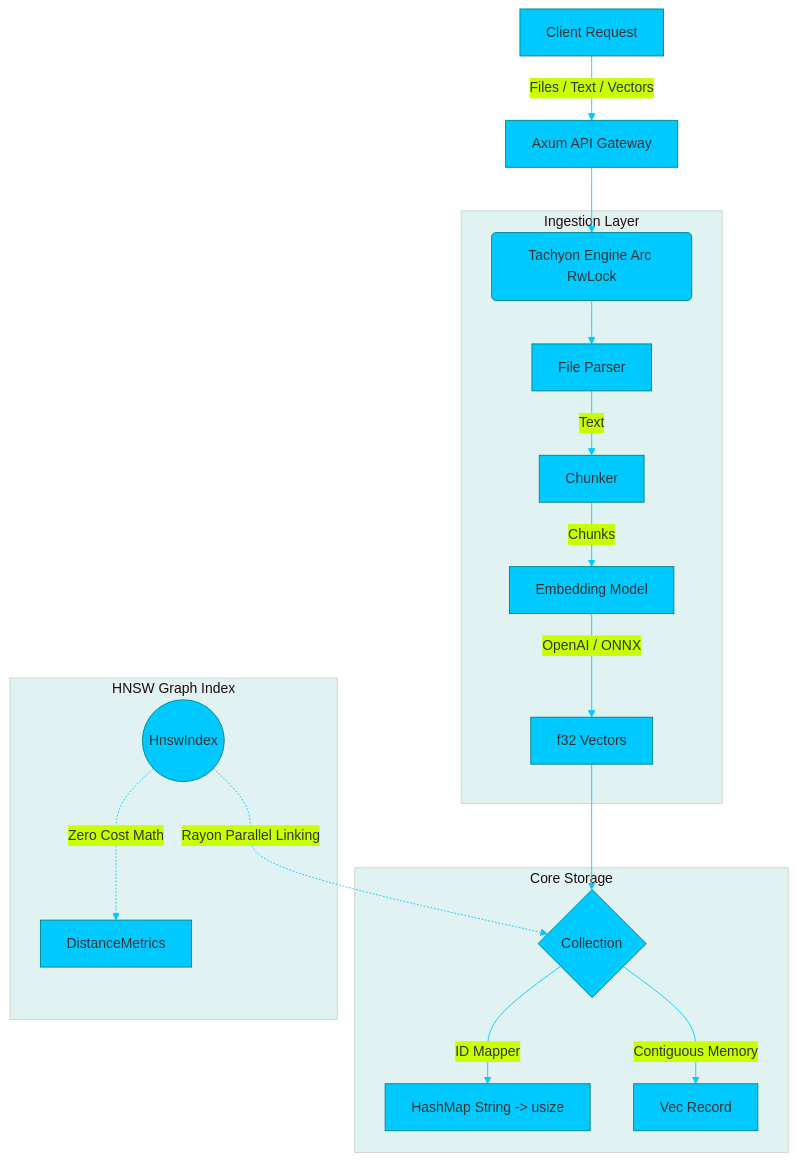
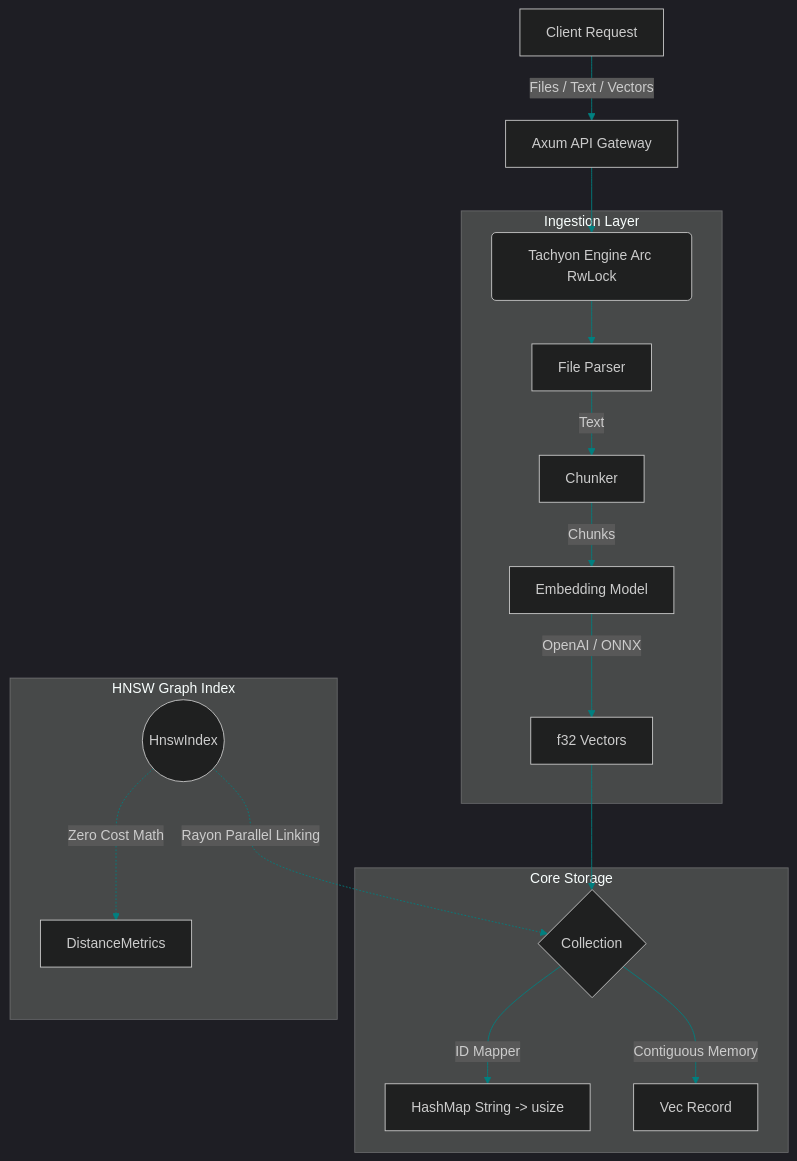
One commit to blackeagle686/vec_db changed the diagram in README.md. Above: the diagram before and after it, drawn with Mermaid. The commit also changed other lines of this file, not shown here.

````diff
--- a/README.md
+++ b/README.md
@@ -34,24 +34,24 @@
 ```mermaid
-%%{init: {'theme': 'base', 'themeVariables': { 'primaryColor': '#00C9FF', 'primaryBorderColor': '#008080', 'lineColor': '#00C9FF', 'tertiaryColor': '#E0F2F1'}}}%%
+%%{init: {'theme': 'dark', 'themeVariables': { 'primaryColor': '#4B0082', 'primaryBorderColor': '#008080', 'lineColor': '#008080', 'tertiaryColor': '#1A1A1A'}}}%%
 graph TD
     A[Client Request] -->|Files / Text / Vectors| B[Axum API Gateway]
     B --> C(Tachyon Engine Arc RwLock)
     
     subgraph Ingestion Layer
         C --> D[File Parser]
         D -->|Text| E[Chunker]
         E -->|Chunks| F[Embedding Model]
         F -->|OpenAI / ONNX| G[f32 Vectors]
     end
     
     subgraph Core Storage
         G --> H{Collection}
         H -->|ID Mapper| I[HashMap String -> usize]
         H -->|Contiguous Memory| J[Vec Record]
     end
     
     subgraph HNSW Graph Index
         K((HnswIndex)) -.->|Rayon Parallel Linking| H
         K -.->|Zero Cost Math| L[DistanceMetrics]
     end
 ```
````
